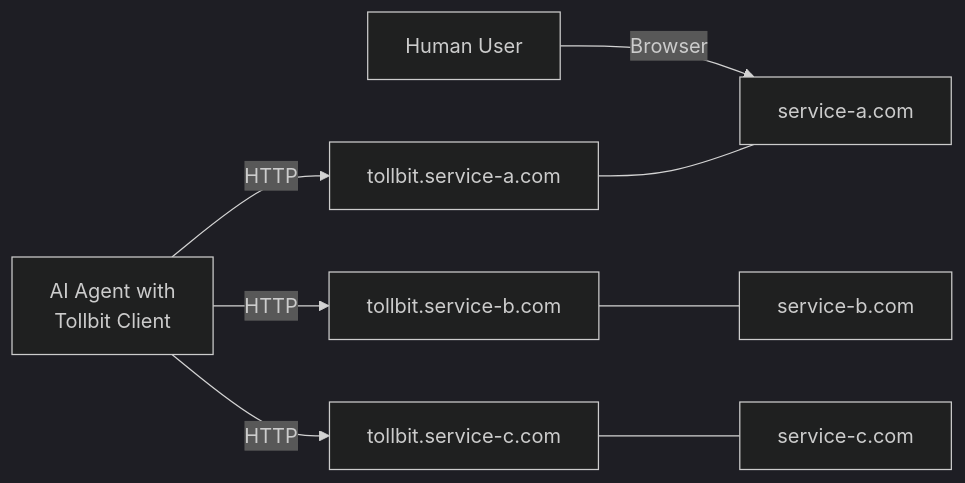
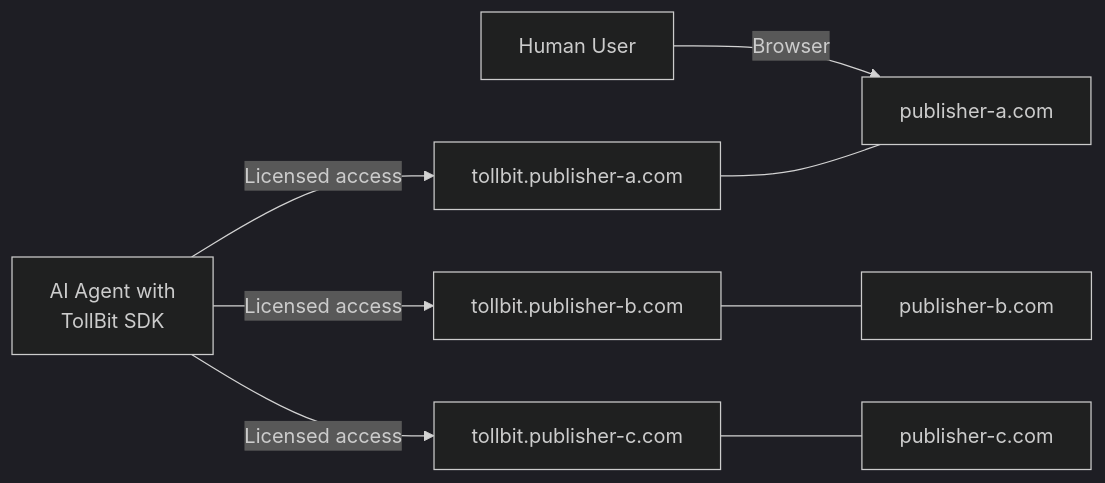
One commit to tollbit/tollbit-python-sdk changed the diagram in README.md. Above: the diagram before and after it, drawn with Mermaid (dark theme). The commit also changed other lines of this file and 2 other files, not shown here.

First line of the commit message:
Match README branding to tollbit.com (#45)

````diff
--- a/README.md
+++ b/README.md
@@ -43,31 +30,31 @@
 ```mermaid
 flowchart LR
     %% Define the AI agent client
-    A[AI Agent with<br>Tollbit Client]
+    A[AI Agent with<br>TollBit SDK]
 
-    %% Define the Tollbit front doors
-    B1[tollbit.service-a.com]
-    B2[tollbit.service-b.com]
-    B3[tollbit.service-c.com]
+    %% Define the TollBit Agent Sites
+    B1[tollbit.publisher-a.com]
+    B2[tollbit.publisher-b.com]
+    B3[tollbit.publisher-c.com]
 
-    %% Define the actual services
-    C1[service-a.com]
-    C2[service-b.com]
-    C3[service-c.com]
+    %% Define the publisher sites
+    C1[publisher-a.com]
+    C2[publisher-b.com]
+    C3[publisher-c.com]
 
     %% Define the human user (simple)
     H[Human User]
 
-    %% Connect AI agent to Tollbit front doors
-    A -->|"HTTP"| B1
-    A -->|"HTTP"| B2
-    A -->|"HTTP"| B3
+    %% Connect AI agent to TollBit Agent Sites
+    A -->|"Licensed access"| B1
+    A -->|"Licensed access"| B2
+    A -->|"Licensed access"| B3
 
-    %% Connect human to just service-a
+    %% Connect human to just publisher-a
     H -->|"Browser"| C1
 
-    %% Connect Tollbit front doors to actual services - no labels
+    %% Connect TollBit Agent Sites to publisher sites - no labels
     B1 --- C1
     B2 --- C2
     B3 --- C3
 ```
````
